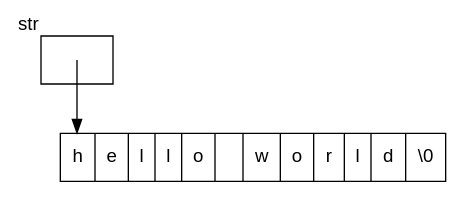
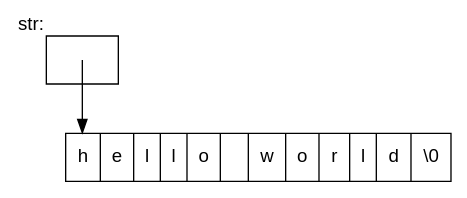
Before and after one commit to aaronbloomfield/pdr: the diagram in slides/graphs/c-string-1.dot, drawn with Graphviz. The commit also changed 7 other files, not shown here.

```diff
--- a/slides/graphs/c-string-1.dot
+++ b/slides/graphs/c-string-1.dot
@@ -1,6 +1,6 @@
 digraph G {
 	node [fontname="Helvetica"];
-	ptr [label="<0>",xlabel="str",shape=record];
+	ptr [label="<0>",xlabel="str:",shape=record];
 	stack [shape=record,label="<0>h|e|l|l|o||w|o|r|l|d|\\0"];
 	ptr:0:c -> stack:0 [tailclip=false];
 }
```
